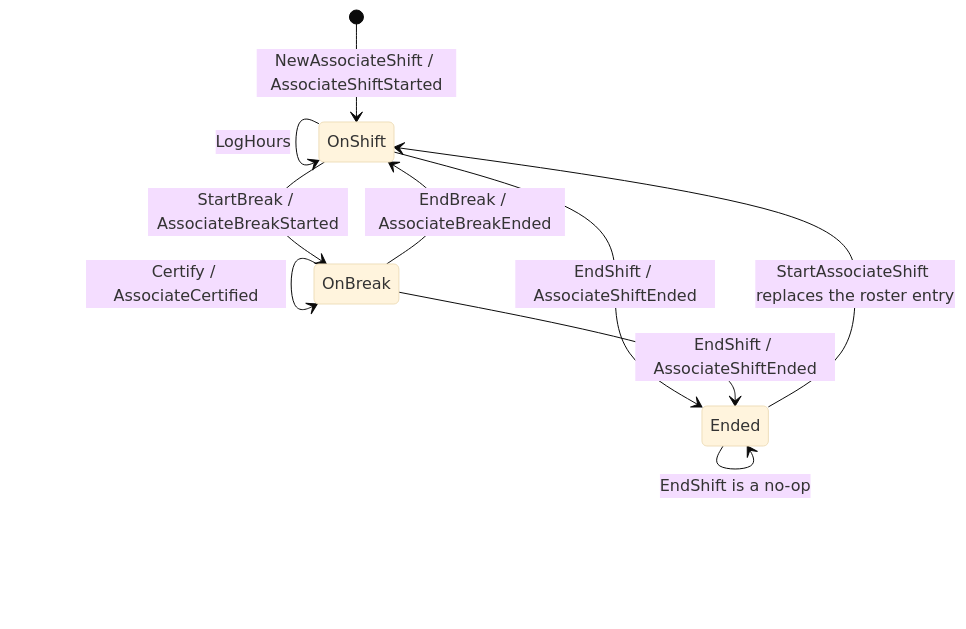
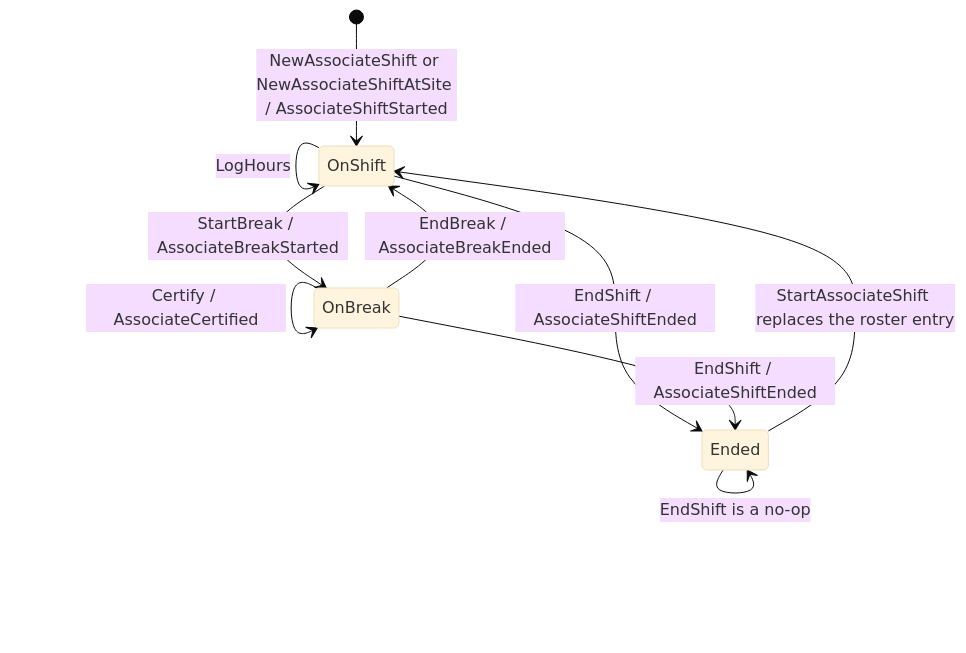
One commit to IQVO/warehouse-docs changed the second of 3 diagrams in docs/contexts/workforce-management/aggregate-design-canvas.md. Above: the diagram before and after it, drawn with Mermaid (base theme). The commit also changed other lines of this file and 318 other files, not shown here.

````diff
--- a/docs/contexts/workforce-management/aggregate-design-canvas.md
+++ b/docs/contexts/workforce-management/aggregate-design-canvas.md
@@ -114,13 +119,13 @@
 ```mermaid
 stateDiagram-v2
-    [*] --> OnShift: NewAssociateShift / AssociateShiftStarted
+    [*] --> OnShift: NewAssociateShift or NewAssociateShiftAtSite / AssociateShiftStarted
     OnShift --> OnBreak: StartBreak / AssociateBreakStarted
     OnBreak --> OnShift: EndBreak / AssociateBreakEnded
     OnShift --> OnShift: Certify / AssociateCertified
     OnShift --> OnShift: LogHours
     OnBreak --> OnBreak: Certify / AssociateCertified
     OnShift --> Ended: EndShift / AssociateShiftEnded
     OnBreak --> Ended: EndShift / AssociateShiftEnded
     Ended --> Ended: EndShift is a no-op
     Ended --> OnShift: StartAssociateShift replaces the roster entry
 ```
````
